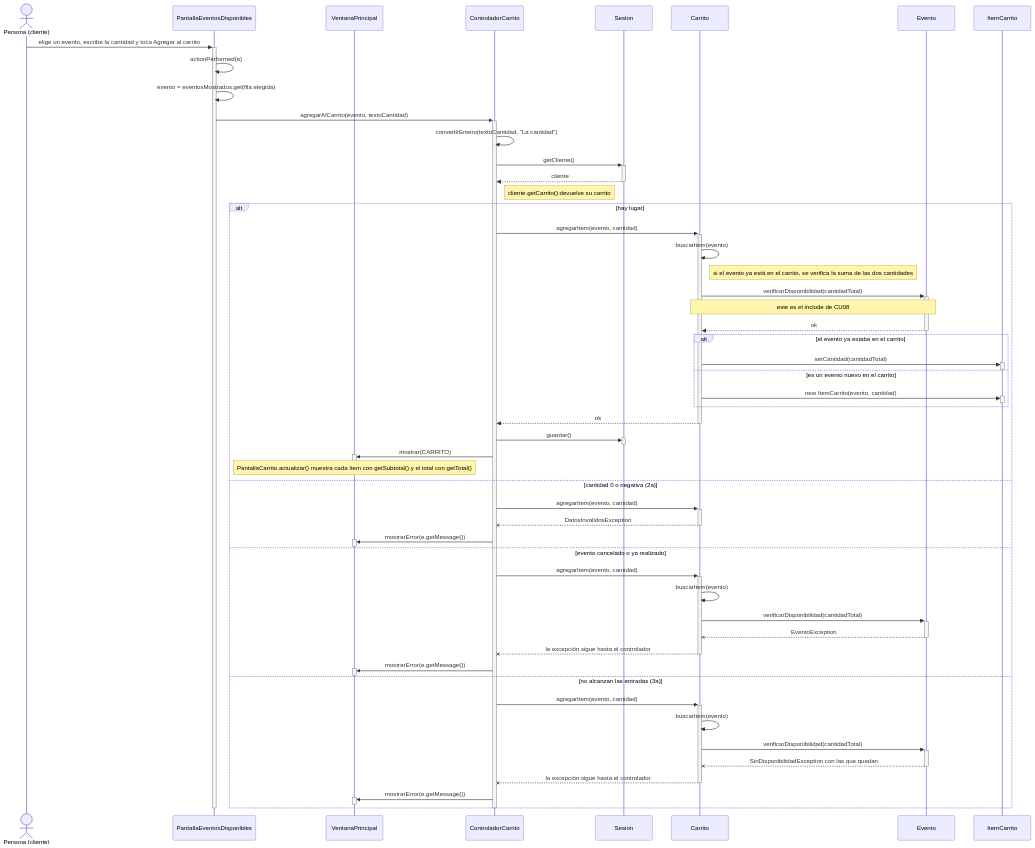
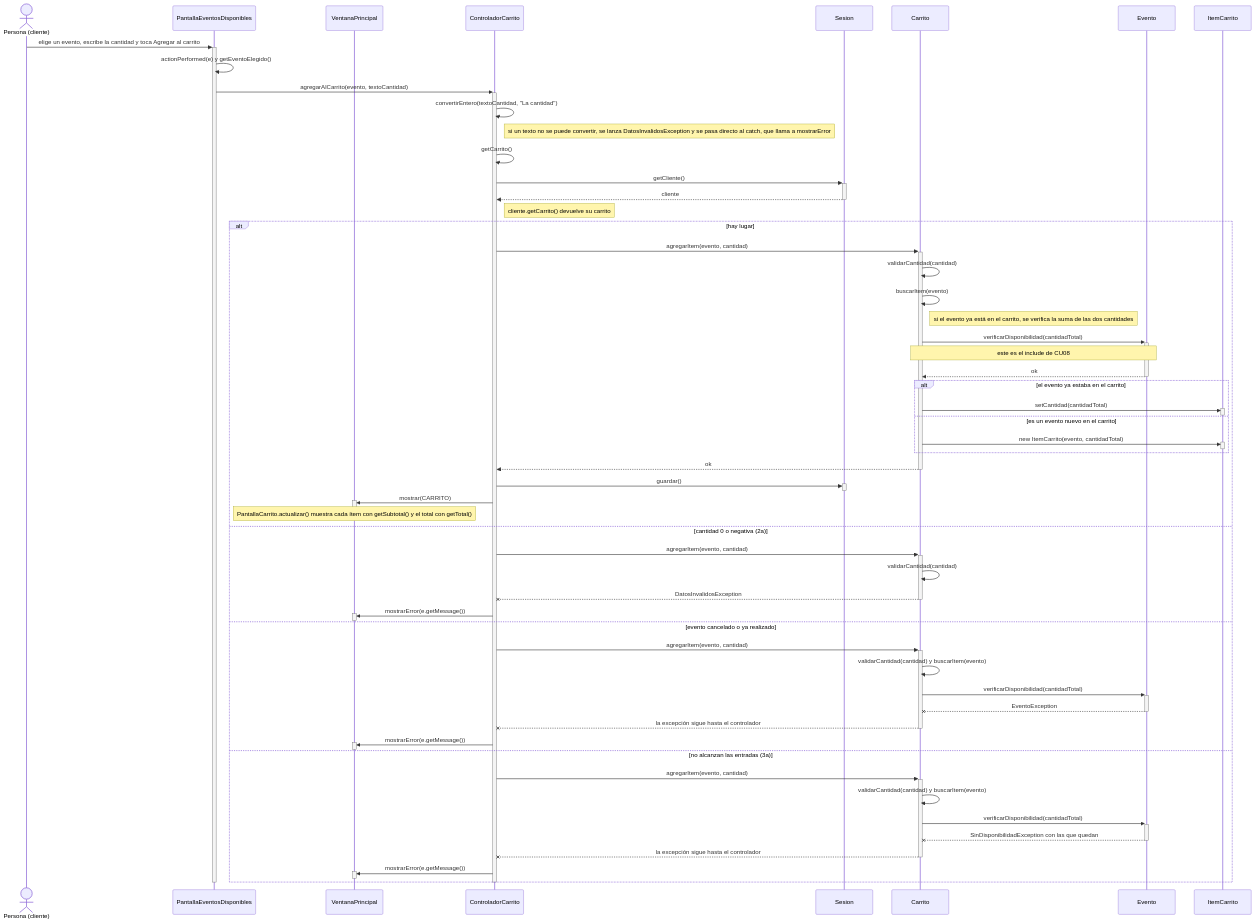
One commit to AgustinSimonenco/gestion-eventos-musicales changed the diagram in docs/diseno/secuencias/CU09-agregar-entradas-al-carrito.md. Above: the diagram before and after it, drawn with Mermaid. The commit also changed 11 other files, not shown here.

First line of the commit message:
Diagramas: cruce completo con el codigo y correcciones

````diff
--- a/docs/diseno/secuencias/CU09-agregar-entradas-al-carrito.md
+++ b/docs/diseno/secuencias/CU09-agregar-entradas-al-carrito.md
@@ -9,64 +9,67 @@
 ```mermaid
 sequenceDiagram
     actor U as Persona (cliente)
     participant P as PantallaEventosDisponibles
     participant V as VentanaPrincipal
     participant C as ControladorCarrito
     participant S as Sesion
     participant Ca as Carrito
     participant E as Evento
     participant I as ItemCarrito
 
     U->>+P: elige un evento, escribe la cantidad y toca Agregar al carrito
-    P->>P: actionPerformed(e)
-    P->>P: evento = eventosMostrados.get(fila elegida)
+    P->>P: actionPerformed(e) y getEventoElegido()
     P->>+C: agregarAlCarrito(evento, textoCantidad)
     C->>C: convertirEntero(textoCantidad, "La cantidad")
+    Note right of C: si un texto no se puede convertir, se lanza DatosInvalidosException y se pasa directo al catch, que llama a mostrarError
+    C->>C: getCarrito()
     C->>+S: getCliente()
     S-->>-C: cliente
     Note right of C: cliente.getCarrito() devuelve su carrito
     alt hay lugar
         C->>+Ca: agregarItem(evento, cantidad)
+        Ca->>Ca: validarCantidad(cantidad)
         Ca->>Ca: buscarItem(evento)
         Note right of Ca: si el evento ya está en el carrito, se verifica la suma de las dos cantidades
         Ca->>+E: verificarDisponibilidad(cantidadTotal)
         Note over Ca,E: este es el include de CU08
         E-->>-Ca: ok
         alt el evento ya estaba en el carrito
             Ca->>+I: setCantidad(cantidadTotal)
             deactivate I
         else es un evento nuevo en el carrito
-            Ca->>+I: new ItemCarrito(evento, cantidad)
+            Ca->>+I: new ItemCarrito(evento, cantidadTotal)
             deactivate I
         end
         Ca-->>-C: ok
         C->>+S: guardar()
         deactivate S
         C->>+V: mostrar(CARRITO)
         deactivate V
         Note over V: PantallaCarrito.actualizar() muestra cada ítem con getSubtotal() y el total con getTotal()
     else cantidad 0 o negativa (2a)
         C->>+Ca: agregarItem(evento, cantidad)
+        Ca->>Ca: validarCantidad(cantidad)
         Ca--x-C: DatosInvalidosException
         C->>+V: mostrarError(e.getMessage())
         deactivate V
     else evento cancelado o ya realizado
         C->>+Ca: agregarItem(evento, cantidad)
-        Ca->>Ca: buscarItem(evento)
+        Ca->>Ca: validarCantidad(cantidad) y buscarItem(evento)
         Ca->>+E: verificarDisponibilidad(cantidadTotal)
         E--x-Ca: EventoException
         Ca--x-C: la excepción sigue hasta el controlador
         C->>+V: mostrarError(e.getMessage())
         deactivate V
     else no alcanzan las entradas (3a)
         C->>+Ca: agregarItem(evento, cantidad)
-        Ca->>Ca: buscarItem(evento)
+        Ca->>Ca: validarCantidad(cantidad) y buscarItem(evento)
         Ca->>+E: verificarDisponibilidad(cantidadTotal)
         E--x-Ca: SinDisponibilidadException con las que quedan
         Ca--x-C: la excepción sigue hasta el controlador
         C->>+V: mostrarError(e.getMessage())
         deactivate V
     end
     deactivate C
     deactivate P
 ```
````
